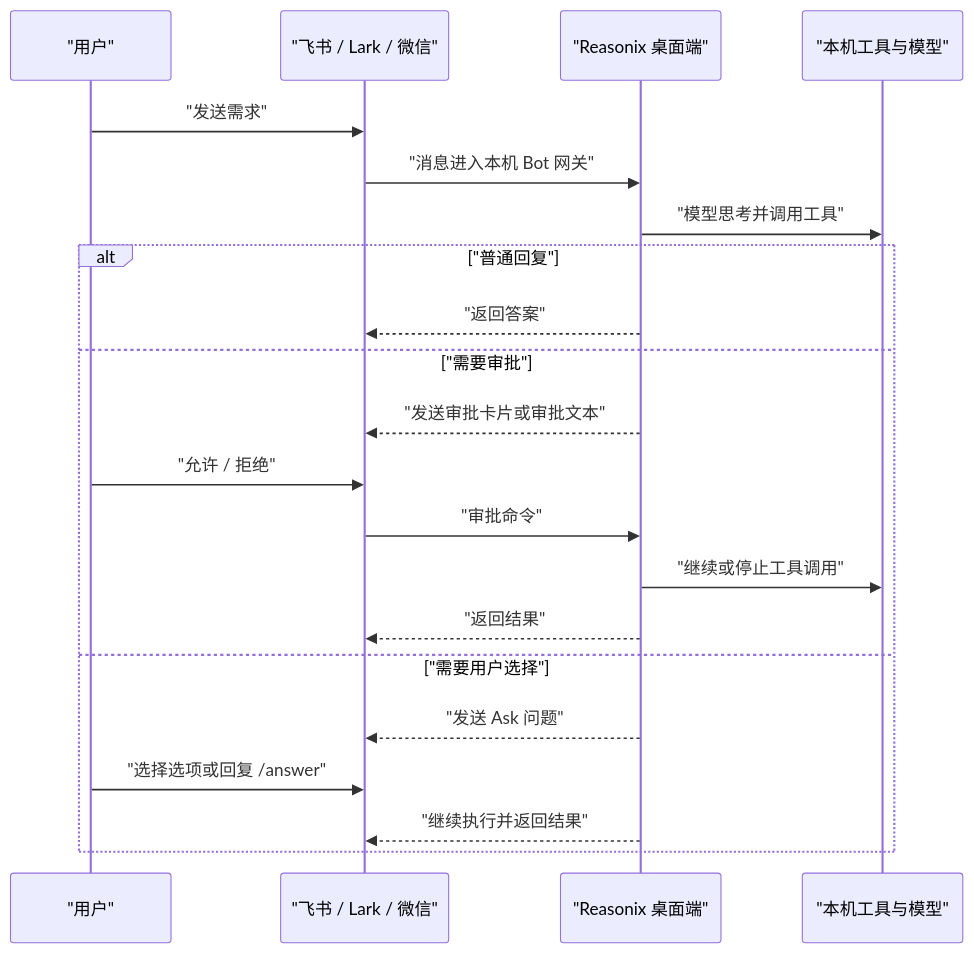
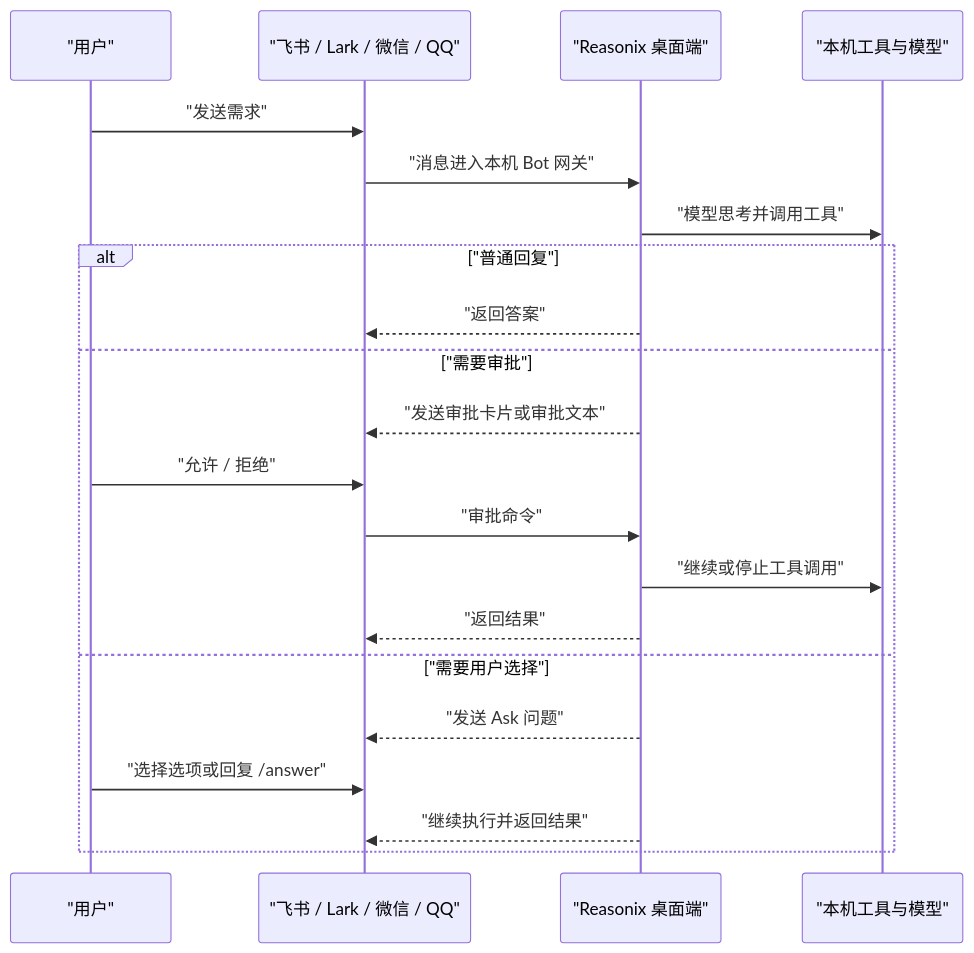
The second of 3 diagrams in docs/BOT_GUIDE.zh-CN.md (zuohuadong/volt-gui), drawn with Mermaid before and after one commit. The commit also changed other lines of this file and 1 other file, not shown here.

````diff
--- a/docs/BOT_GUIDE.zh-CN.md
+++ b/docs/BOT_GUIDE.zh-CN.md
@@ -122,24 +136,24 @@
 ```mermaid
 sequenceDiagram
   participant U as "用户"
-  participant IM as "飞书 / Lark / 微信"
+  participant IM as "飞书 / Lark / 微信 / QQ"
   participant R as "Reasonix 桌面端"
   participant T as "本机工具与模型"
 
   U->>IM: "发送需求"
   IM->>R: "消息进入本机 Bot 网关"
   R->>T: "模型思考并调用工具"
   alt "普通回复"
     R-->>IM: "返回答案"
   else "需要审批"
     R-->>IM: "发送审批卡片或审批文本"
     U->>IM: "允许 / 拒绝"
     IM->>R: "审批命令"
     R->>T: "继续或停止工具调用"
     R-->>IM: "返回结果"
   else "需要用户选择"
     R-->>IM: "发送 Ask 问题"
     U->>IM: "选择选项或回复 /answer"
     R-->>IM: "继续执行并返回结果"
   end
 ```
````
